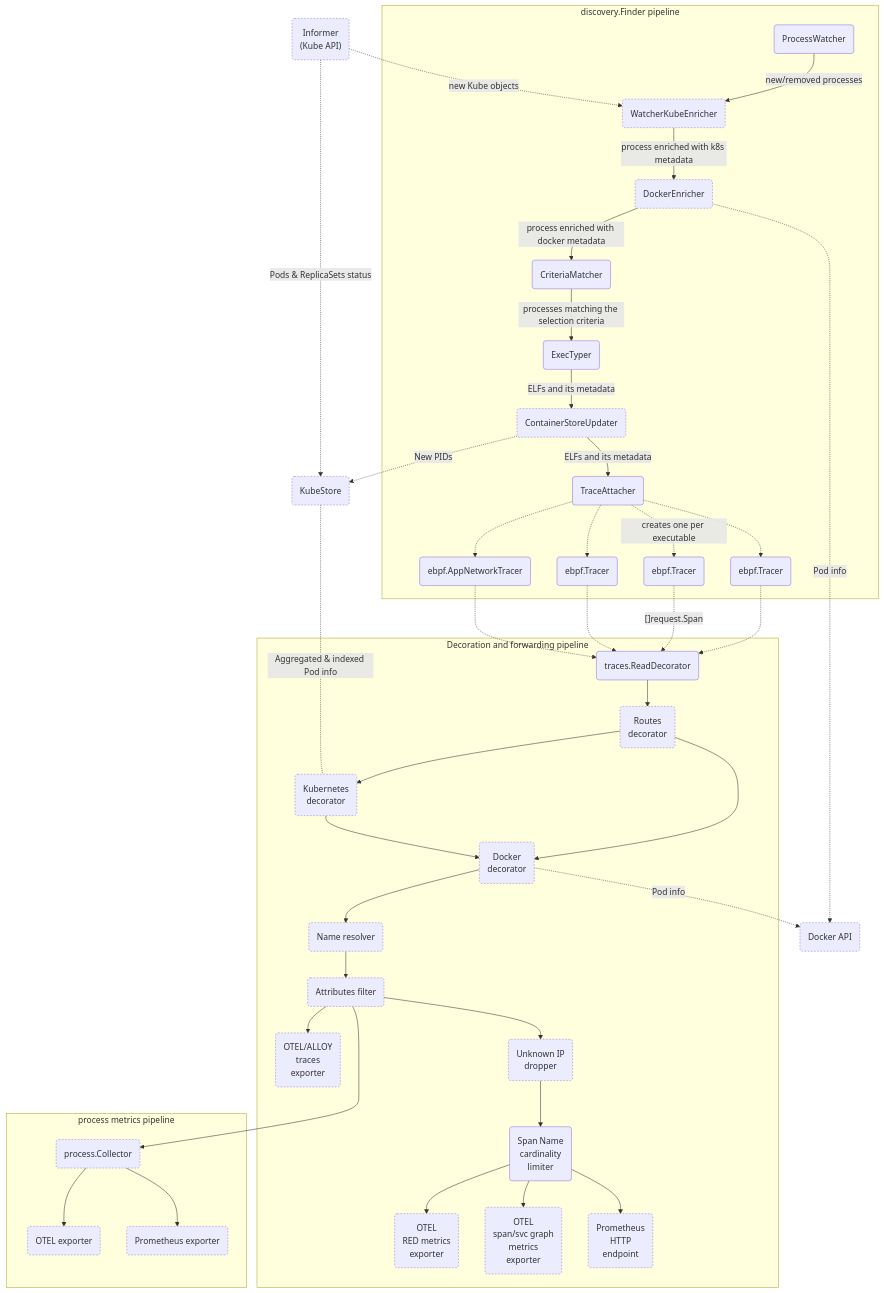
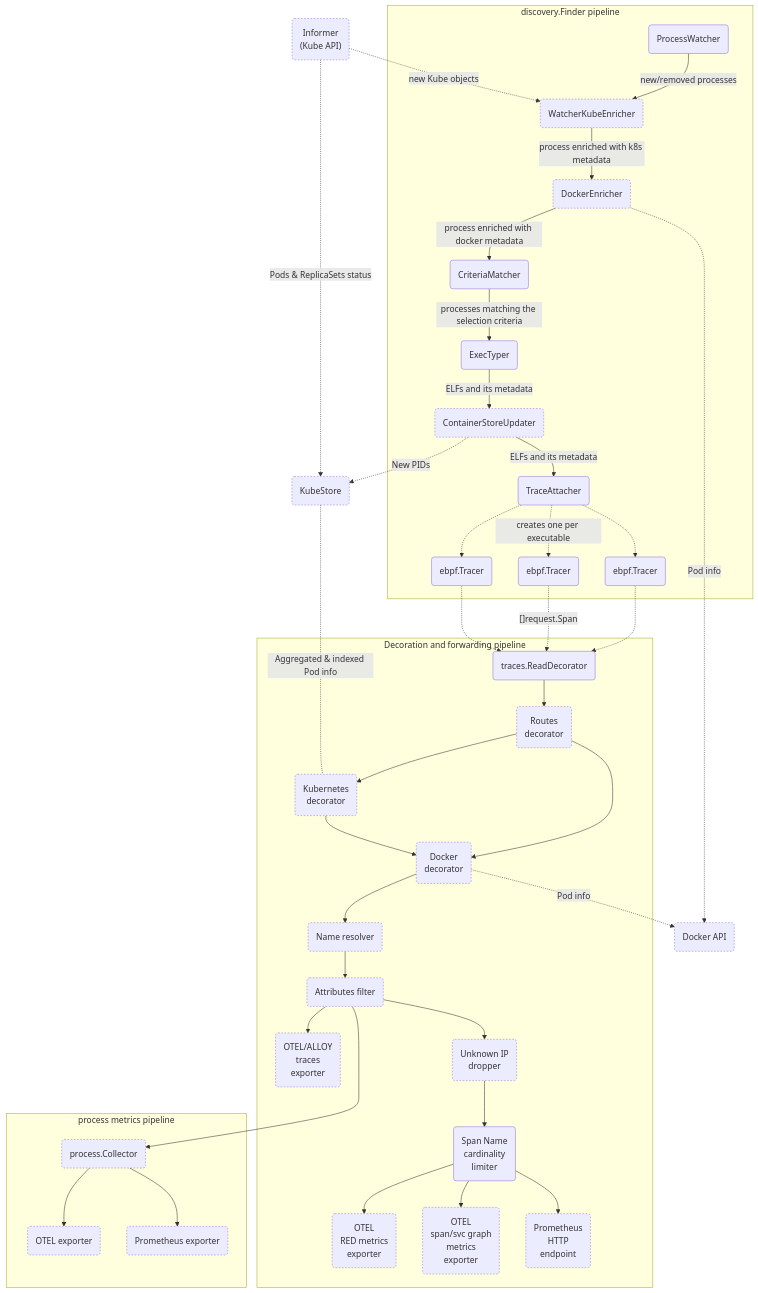
The first of 3 diagrams in devdocs/pipeline-map.md (open-telemetry/opentelemetry-ebpf-instrumentation), drawn with Mermaid before and after one commit. The commit also changed other lines of this file and 86 other files, not shown here.

````diff
--- a/devdocs/pipeline-map.md
+++ b/devdocs/pipeline-map.md
@@ -18,50 +19,48 @@
 ```mermaid
 flowchart TD
     classDef optional stroke-dasharray: 3 3;
     subgraph discovery.Finder pipeline
         PW(ProcessWatcher) --> |new/removed processes| KWE
         KWE(WatcherKubeEnricher):::optional --> |process enriched with k8s metadata| DE
         DE(DockerEnricher):::optional --> |process enriched with docker metadata| CM
         CM(CriteriaMatcher) --> |processes matching the selection criteria| ET(ExecTyper)
         ET --> |ELFs and its metadata| CU
         CU(ContainerStoreUpdater):::optional --> |ELFs and its metadata| TA
         TA(TraceAttacher) -.-> EBPF1(ebpf.Tracer)
         TA -.-> |creates one per executable| EBPF2(ebpf.Tracer)
         TA -.-> EBPF3(ebpf.Tracer)
-        TA -.-> EBPF4(ebpf.AppNetworkTracer)
     end
     subgraph Decoration and forwarding pipeline
         EBPF1 -.-> TR
         EBPF2 -.-> |"[]request.Span"| TR
         EBPF3 -.-> TR
-        EBPF4 -.-> TR
         TR(traces.ReadDecorator) --> ROUT(Routes<br/>decorator)
         ROUT:::optional --> DOCKDEC(Docker<br/>decorator)
         ROUT:::optional --> KD(Kubernetes<br/>decorator)
         KD:::optional --> DOCKDEC
         DOCKDEC:::optional --> NR
         NR(Name resolver):::optional --> AF
         
         AF(Attributes filter):::optional --> OTELT(OTEL/ALLOY<br/> traces<br/> exporter):::optional
 
         
         AF --> IPD(Unknown IP<br/>dropper):::optional
         IPD --> SNCL(Span Name<br/>cardinality<br/>limiter)
         SNCL --> OTELRM(OTEL<br/>RED metrics<br/> exporter):::optional
         SNCL --> OTELSM(OTEL<br/>span/svc graph<br/>metrics<br/> exporter):::optional
         SNCL --> PROM(Prometheus<br/>HTTP<br/>endpoint):::optional
     end
     CU -.-> |New PIDs| KSTORE
     DE -.-> |Pod info| DOCKAPI(Docker API):::optional
     DOCKDEC -.-> |Pod info| DOCKAPI(Docker API):::optional
     KSTORE(KubeStore):::optional <-.- | Aggregated & indexed Pod info | KD
     IF("Informer<br/>(Kube API)"):::optional -.-> |Pods & ReplicaSets status| KSTORE
     IF -.-> |new Kube objects| KWE
     AF ---> PC
     subgraph process metrics pipeline
         PC("process.Collector"):::optional --> POTEL
         PC --> PPROM
         POTEL("OTEL exporter"):::optional
         PPROM("Prometheus exporter"):::optional
     end
 ```
````
